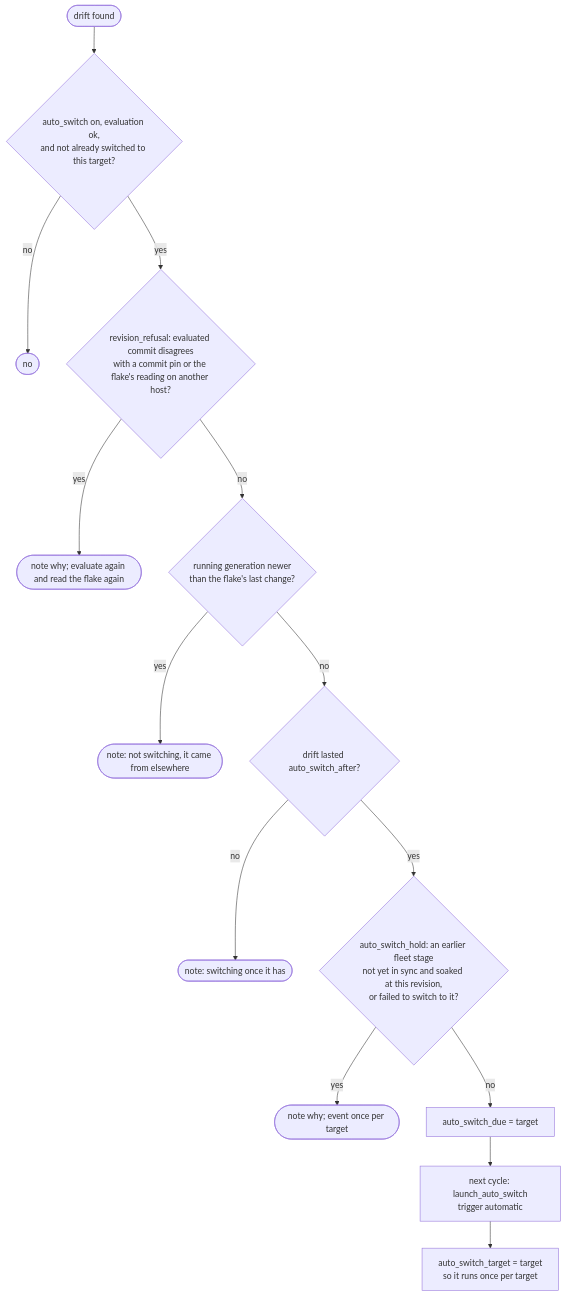
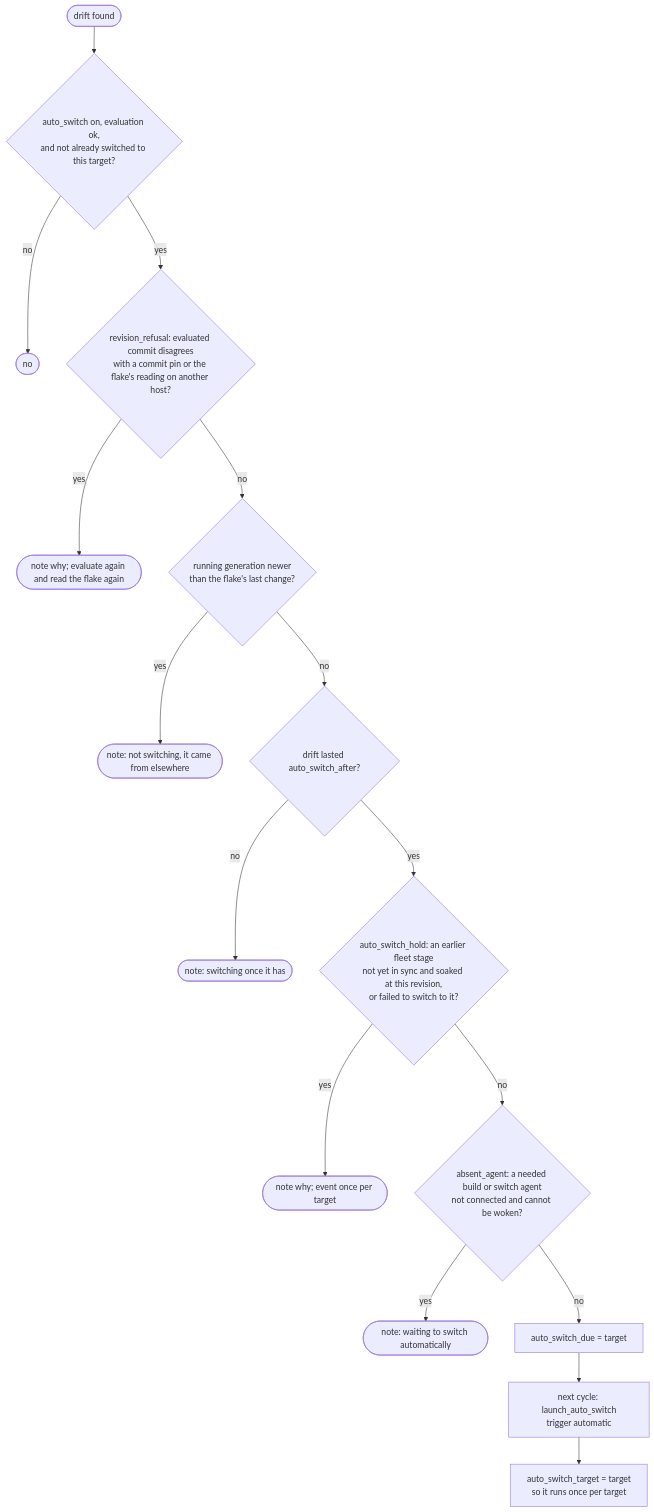
One commit to x-tech-laboratories/X-Nix changed the sixth of 20 diagrams in docs/developer/flows.md. Above: the diagram before and after it, drawn with Mermaid. The commit also changed 1 other file, not shown here.

Commit message:
docs(flows): show the automatic switch waiting for an absent agent

````diff
--- a/docs/developer/flows.md
+++ b/docs/developer/flows.md
@@ -163,16 +163,18 @@
 ```mermaid
 flowchart TD
     drift([drift found]) --> on{auto_switch on, evaluation ok,<br/>and not already switched to this target?}
     on -- no --> stop([no])
     on -- yes --> revision{revision_refusal: evaluated commit disagrees<br/>with a commit pin or the flake's reading on another host?}
     revision -- yes --> ask([note why; evaluate again and read the flake again])
     revision -- no --> newer{running generation newer<br/>than the flake's last change?}
     newer -- yes --> refuse([note: not switching, it came from elsewhere])
     newer -- no --> long{drift lasted auto_switch_after?}
     long -- no --> wait([note: switching once it has])
     long -- yes --> staged{auto_switch_hold: an earlier fleet stage<br/>not yet in sync and soaked at this revision,<br/>or failed to switch to it?}
     staged -- yes --> held([note why; event once per target])
-    staged -- no --> due[auto_switch_due = target]
+    staged -- no --> agent{absent_agent: a needed build or switch agent<br/>not connected and cannot be woken?}
+    agent -- yes --> waiting([note: waiting to switch automatically])
+    agent -- no --> due[auto_switch_due = target]
     due --> next[next cycle: launch_auto_switch<br/>trigger automatic]
     next --> mark[auto_switch_target = target<br/>so it runs once per target]
 ```
````
